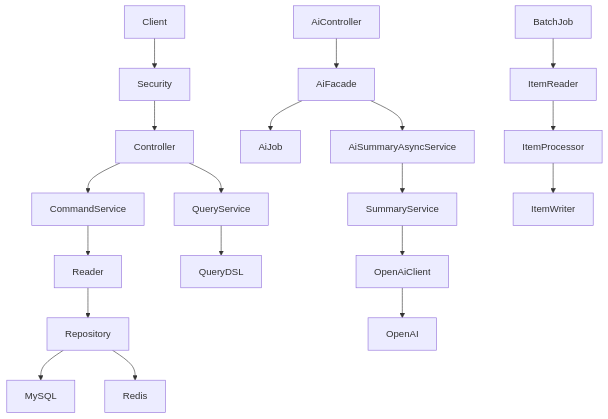
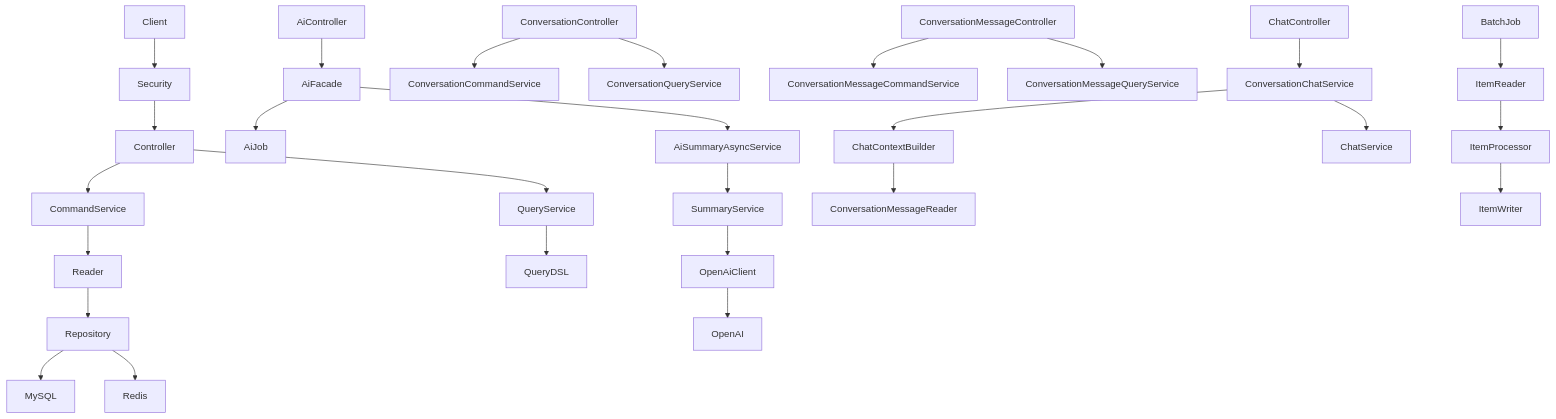
Before and after one commit to keunoh/feldbuch: the diagram in README.md, drawn with Mermaid. The commit also changed other lines of this file and 1 other file, not shown here.

````diff
--- a/README.md
+++ b/README.md
@@ -42,26 +54,35 @@
 ```mermaid
 flowchart TD
     Client --> Security
     Security --> Controller
 
     Controller --> CommandService
     Controller --> QueryService
 
     CommandService --> Reader
     QueryService --> QueryDSL
 
     Reader --> Repository
     Repository --> MySQL
     Repository --> Redis
 
     AiController --> AiFacade
     AiFacade --> AiJob
     AiFacade --> AiSummaryAsyncService
     AiSummaryAsyncService --> SummaryService
     SummaryService --> OpenAiClient
     OpenAiClient --> OpenAI
 
+    ConversationController --> ConversationCommandService
+    ConversationController --> ConversationQueryService
+    ConversationMessageController --> ConversationMessageCommandService
+    ConversationMessageController --> ConversationMessageQueryService
+    ChatController --> ConversationChatService
+    ConversationChatService --> ChatContextBuilder
+    ChatContextBuilder --> ConversationMessageReader
+    ConversationChatService --> ChatService
+
     BatchJob --> ItemReader
     ItemReader --> ItemProcessor
     ItemProcessor --> ItemWriter
 ```
````
